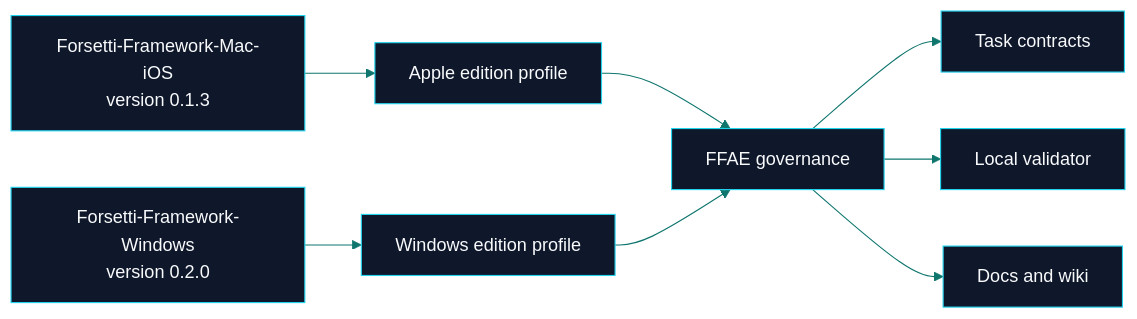
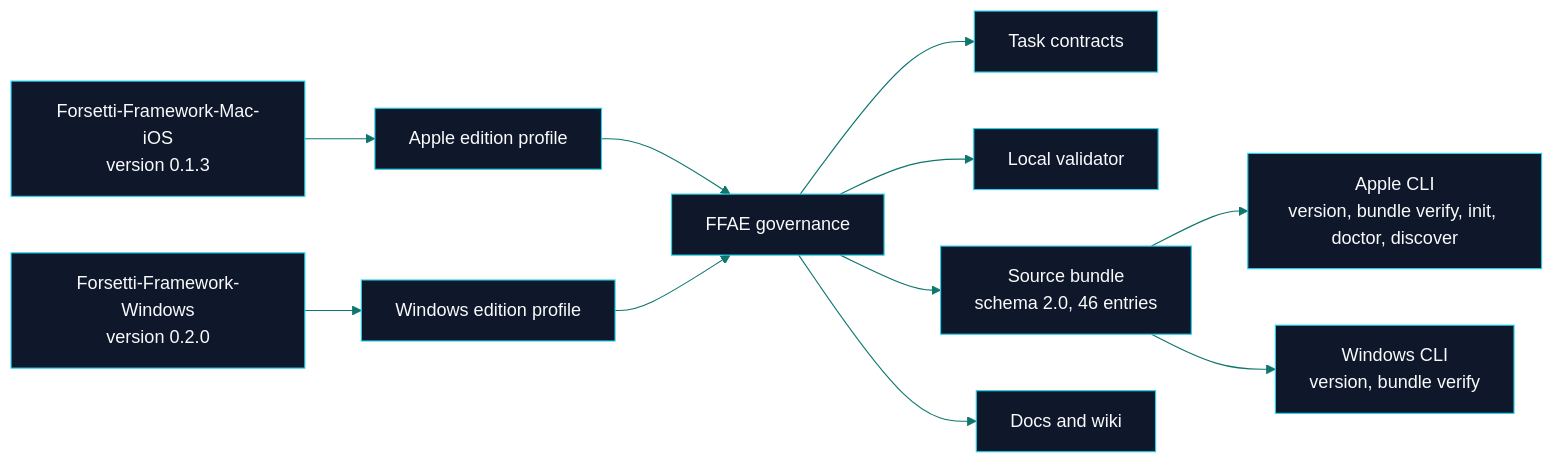
One commit to flynn33/forsetti-agentic-edition changed the second of 2 diagrams in wiki/Overview.md. Above: the diagram before and after it, drawn with Mermaid. The commit also changed other lines of this file and 7 other files, not shown here.

````diff
--- a/wiki/Overview.md
+++ b/wiki/Overview.md
@@ -64,11 +75,14 @@
 ```mermaid
 %%{init: {"theme":"base","themeVariables":{"primaryColor":"#0f172a","primaryTextColor":"#f8fafc","primaryBorderColor":"#22d3ee","lineColor":"#0f766e","secondaryColor":"#f0fdfa","tertiaryColor":"#ecfeff"}}}%%
 flowchart LR
     Apple["Forsetti-Framework-Mac-iOS<br/>version 0.1.3"] --> AppleProfile["Apple edition profile"]
     Windows["Forsetti-Framework-Windows<br/>version 0.2.0"] --> WindowsProfile["Windows edition profile"]
     AppleProfile --> FFAE["FFAE governance"]
     WindowsProfile --> FFAE
     FFAE --> Contracts["Task contracts"]
     FFAE --> Validator["Local validator"]
+    FFAE --> Bundle["Source bundle<br/>schema 2.0, 46 entries"]
+    Bundle --> AppleCLI["Apple CLI<br/>version, bundle verify, init, doctor, discover"]
+    Bundle --> WindowsCLI["Windows CLI<br/>version, bundle verify"]
     FFAE --> Docs["Docs and wiki"]
 ```
````
